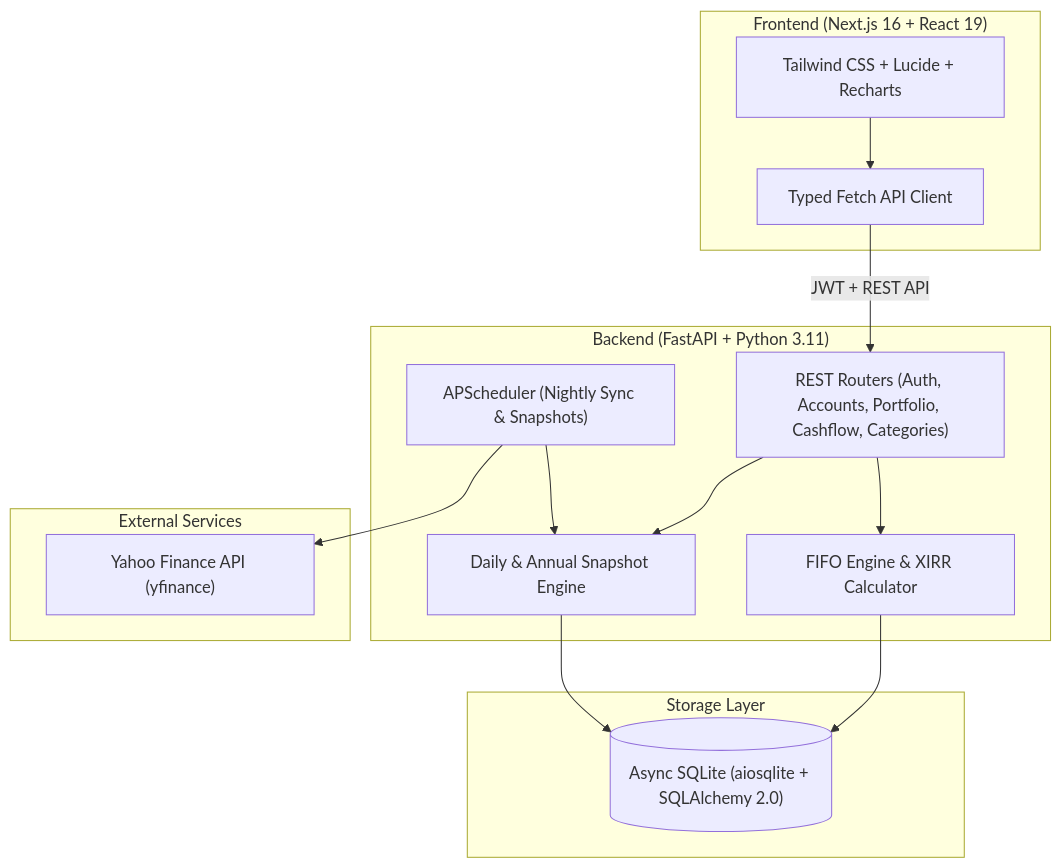
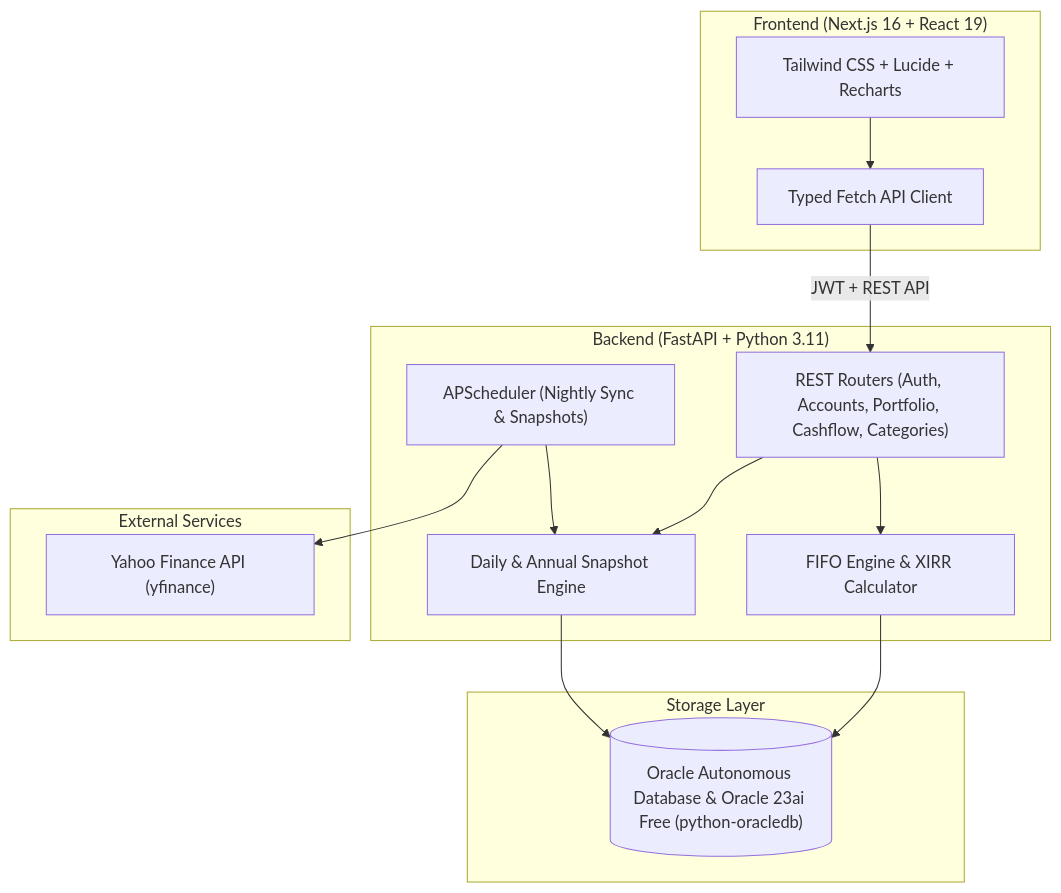
One commit to jayam04/greenline changed the diagram in README.md. Above: the diagram before and after it, drawn with Mermaid. The commit also changed other lines of this file and 68 other files, not shown here.

Commit message:
feat(db): purge sqlite database support in favor of oracle autonomous and 23ai test container

````diff
--- a/README.md
+++ b/README.md
@@ -92,31 +92,31 @@
 ```mermaid
 graph TD
     subgraph Frontend["Frontend (Next.js 16 + React 19)"]
         UI["Tailwind CSS + Lucide + Recharts"]
         ClientAPI["Typed Fetch API Client"]
     end
 
     subgraph Backend["Backend (FastAPI + Python 3.11)"]
         Router["REST Routers (Auth, Accounts, Portfolio, Cashflow, Categories)"]
         FIFO["FIFO Engine & XIRR Calculator"]
         SnapshotEngine["Daily & Annual Snapshot Engine"]
         Scheduler["APScheduler (Nightly Sync & Snapshots)"]
     end
 
     subgraph Database["Storage Layer"]
-        SQLite[("Async SQLite (aiosqlite + SQLAlchemy 2.0)")]
+        Oracle[("Oracle Autonomous Database & Oracle 23ai Free (python-oracledb)")]
     end
 
     subgraph External["External Services"]
         Yahoo["Yahoo Finance API (yfinance)"]
     end
 
     UI --> ClientAPI
     ClientAPI -->|JWT + REST API| Router
     Router --> FIFO
     Router --> SnapshotEngine
-    FIFO --> SQLite
-    SnapshotEngine --> SQLite
+    FIFO --> Oracle
+    SnapshotEngine --> Oracle
     Scheduler --> SnapshotEngine
     Scheduler --> Yahoo
 ```
````
